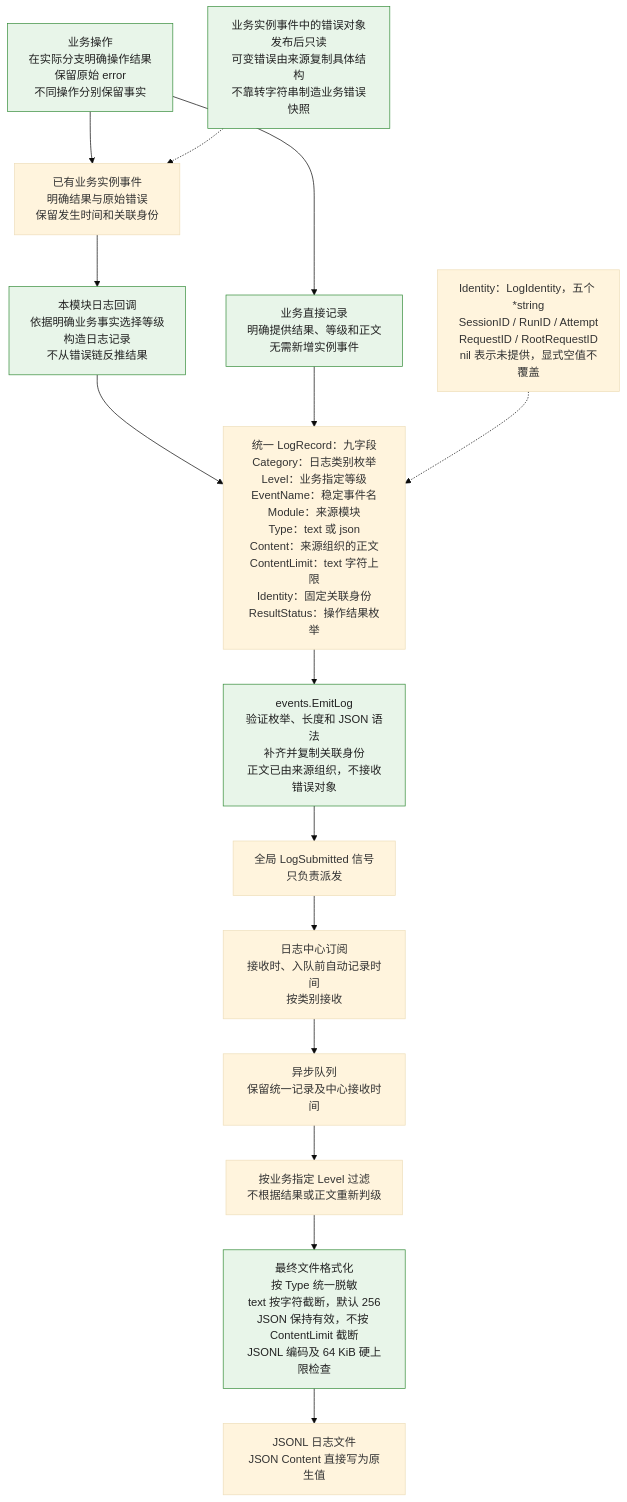
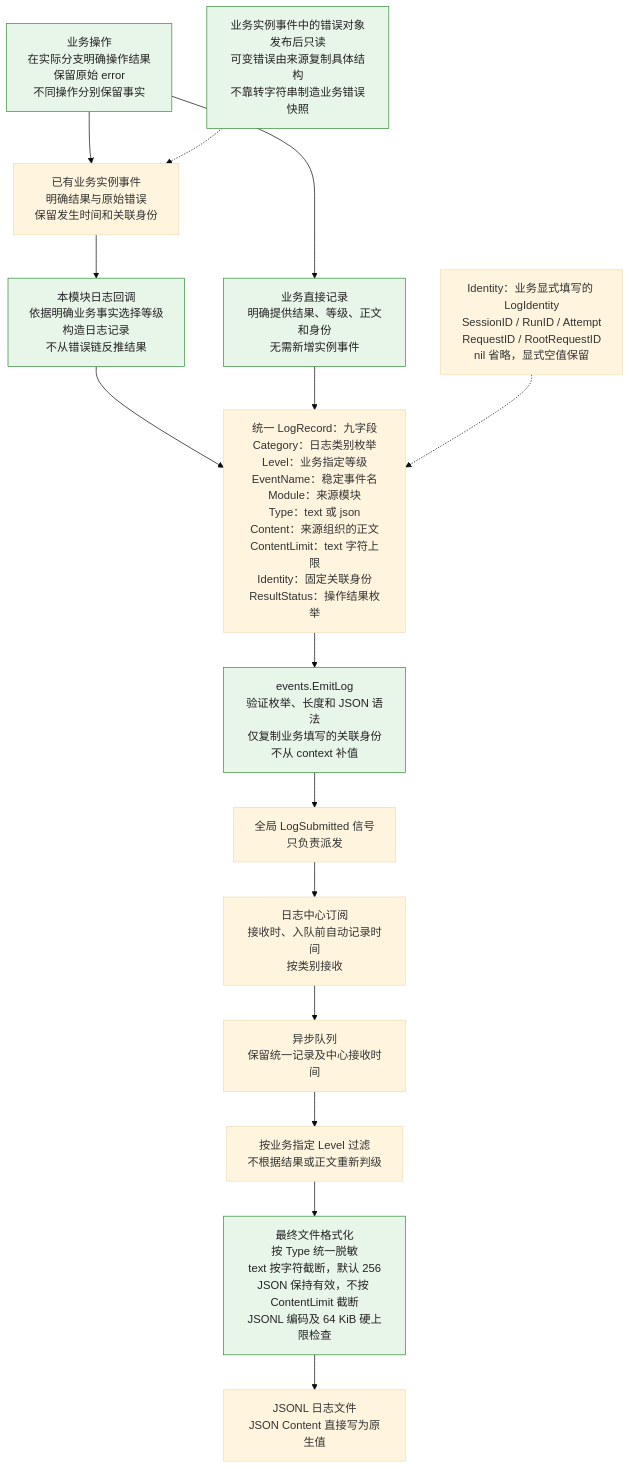
Before and after one commit to Elflare/elbot: the diagram in devdocs/signals-and-logging.md, drawn with Mermaid (base theme). The commit also changed other lines of this file and 14 other files, not shown here.

````diff
--- a/devdocs/signals-and-logging.md
+++ b/devdocs/signals-and-logging.md
@@ -61,23 +22,23 @@
 ```mermaid
 flowchart TD
     B["业务操作<br/>在实际分支明确操作结果<br/>保留原始 error<br/>不同操作分别保留事实"]
     B --> E["已有业务实例事件<br/>明确结果与原始错误<br/>保留发生时间和关联身份"]
     E --> P["本模块日志回调<br/>依据明确业务事实选择等级<br/>构造日志记录<br/>不从错误链反推结果"]
-    B --> D["业务直接记录<br/>明确提供结果、等级和正文<br/>无需新增实例事件"]
+    B --> D["业务直接记录<br/>明确提供结果、等级、正文和身份<br/>无需新增实例事件"]
     P --> R
     D --> R
     R["统一 LogRecord：九字段<br/>Category：日志类别枚举<br/>Level：业务指定等级<br/>EventName：稳定事件名<br/>Module：来源模块<br/>Type：text 或 json<br/>Content：来源组织的正文<br/>ContentLimit：text 字符上限<br/>Identity：固定关联身份<br/>ResultStatus：操作结果枚举"]
-    R --> EM["events.EmitLog<br/>验证枚举、长度和 JSON 语法<br/>补齐并复制关联身份<br/>正文已由来源组织，不接收错误对象"]
+    R --> EM["events.EmitLog<br/>验证枚举、长度和 JSON 语法<br/>仅复制业务填写的关联身份<br/>不从 context 补值"]
     EM --> S["全局 LogSubmitted 信号<br/>只负责派发"]
     S --> M["日志中心订阅<br/>接收时、入队前自动记录时间<br/>按类别接收"]
     M --> Q["异步队列<br/>保留统一记录及中心接收时间"]
     Q --> FILTER["按业务指定 Level 过滤<br/>不根据结果或正文重新判级"]
     FILTER --> FORMAT["最终文件格式化<br/>按 Type 统一脱敏<br/>text 按字符截断，默认 256<br/>JSON 保持有效，不按 ContentLimit 截断<br/>JSONL 编码及 64 KiB 硬上限检查"]
     FORMAT --> FILE["JSONL 日志文件<br/>JSON Content 直接写为原生值"]
     OWN["业务实例事件中的错误对象发布后只读<br/>可变错误由来源复制具体结构<br/>不靠转字符串制造业务错误快照"]
     OWN -.-> E
-    ID["Identity：LogIdentity，五个 *string<br/>SessionID / RunID / Attempt<br/>RequestID / RootRequestID<br/>nil 表示未提供，显式空值不覆盖"]
+    ID["Identity：业务显式填写的 LogIdentity<br/>SessionID / RunID / Attempt<br/>RequestID / RootRequestID<br/>nil 省略，显式空值保留"]
     ID -.-> R
     classDef boundary fill:#e8f5e9,stroke:#388e3c,color:#222
     class B,P,D,EM,FORMAT,OWN boundary
 ```
````
